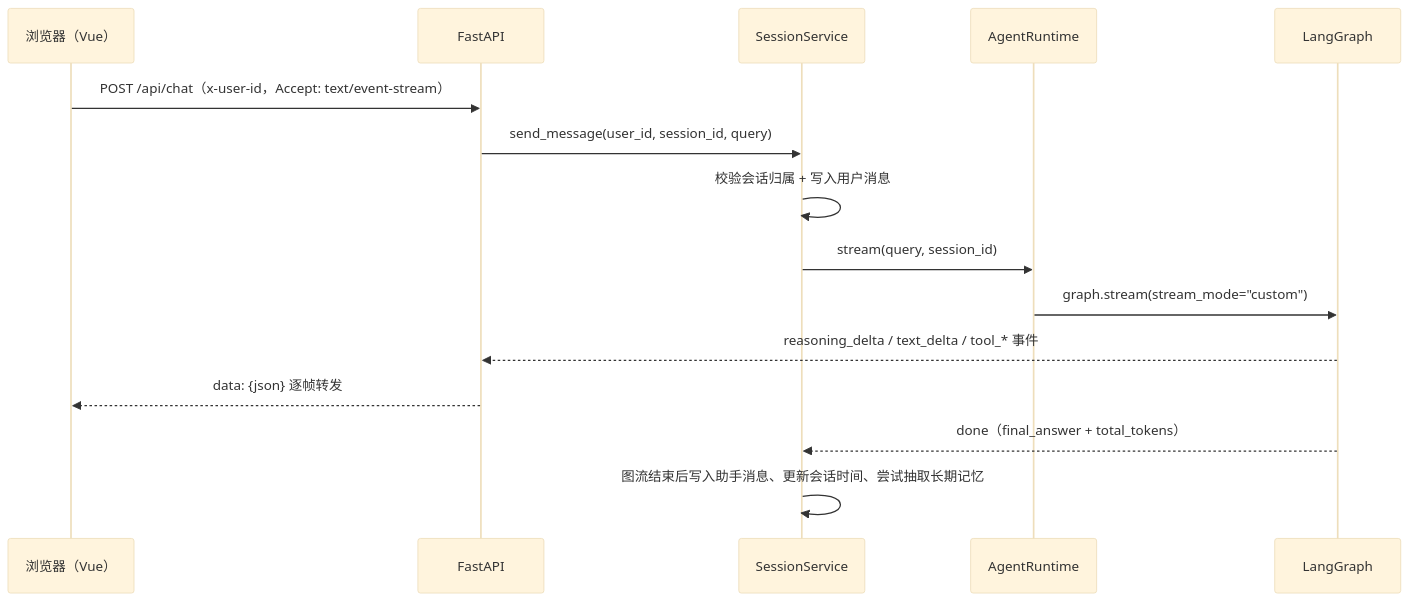
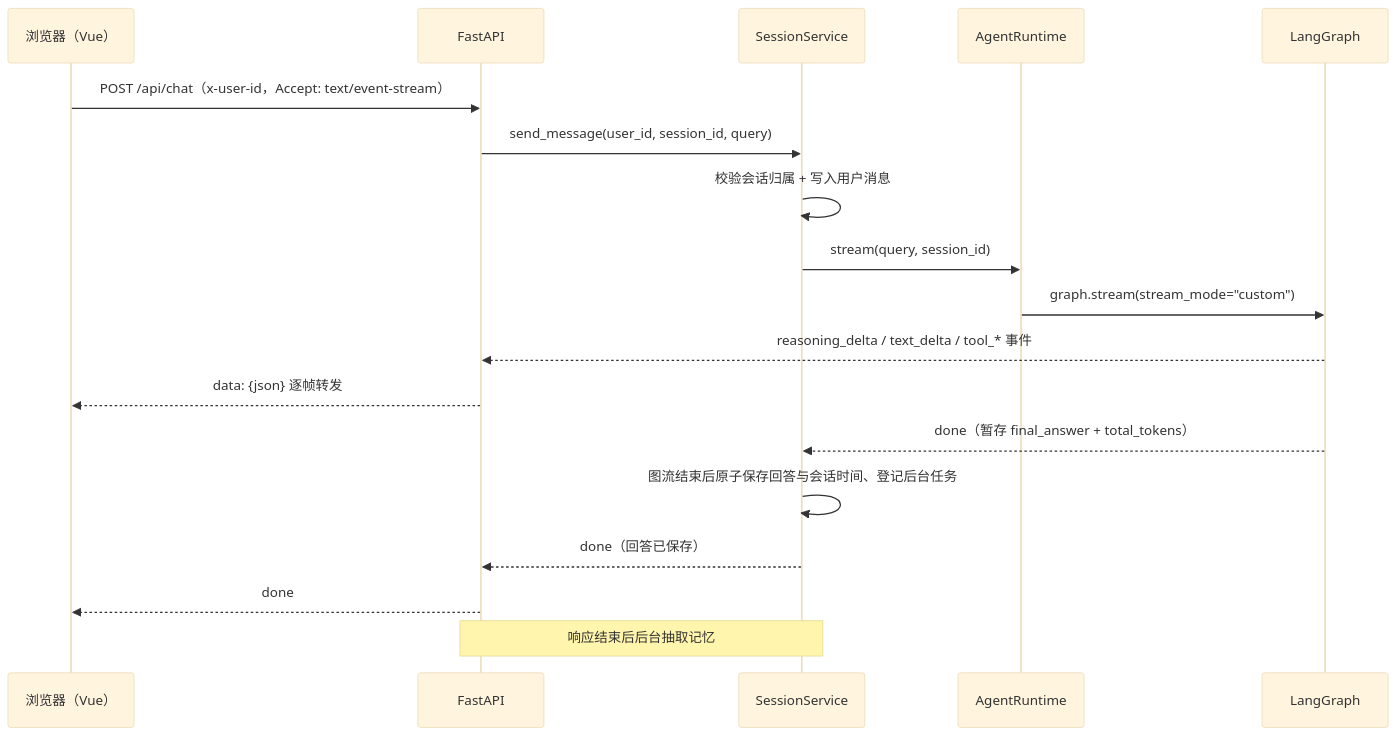
Before and after one commit to zhp282515-wq/graduation_project: the first of 2 diagrams in README.md, drawn with Mermaid (base theme). The commit also changed other lines of this file and 23 other files, not shown here.

````diff
--- a/README.md
+++ b/README.md
@@ -126,18 +137,21 @@
 ```mermaid
 sequenceDiagram
     participant B as 浏览器（Vue）
     participant A as FastAPI
     participant S as SessionService
     participant R as AgentRuntime
     participant G as LangGraph
 
     B->>A: POST /api/chat（x-user-id，Accept: text/event-stream）
     A->>S: send_message(user_id, session_id, query)
     S->>S: 校验会话归属 + 写入用户消息
     S->>R: stream(query, session_id)
     R->>G: graph.stream(stream_mode="custom")
     G-->>A: reasoning_delta / text_delta / tool_* 事件
     A-->>B: data: {json} 逐帧转发
-    G-->>S: done（final_answer + total_tokens）
-    S->>S: 图流结束后写入助手消息、更新会话时间、尝试抽取长期记忆
+    G-->>S: done（暂存 final_answer + total_tokens）
+    S->>S: 图流结束后原子保存回答与会话时间、登记后台任务
+    S-->>A: done（回答已保存）
+    A-->>B: done
+    Note over A,S: 响应结束后后台抽取记忆
 ```
````
